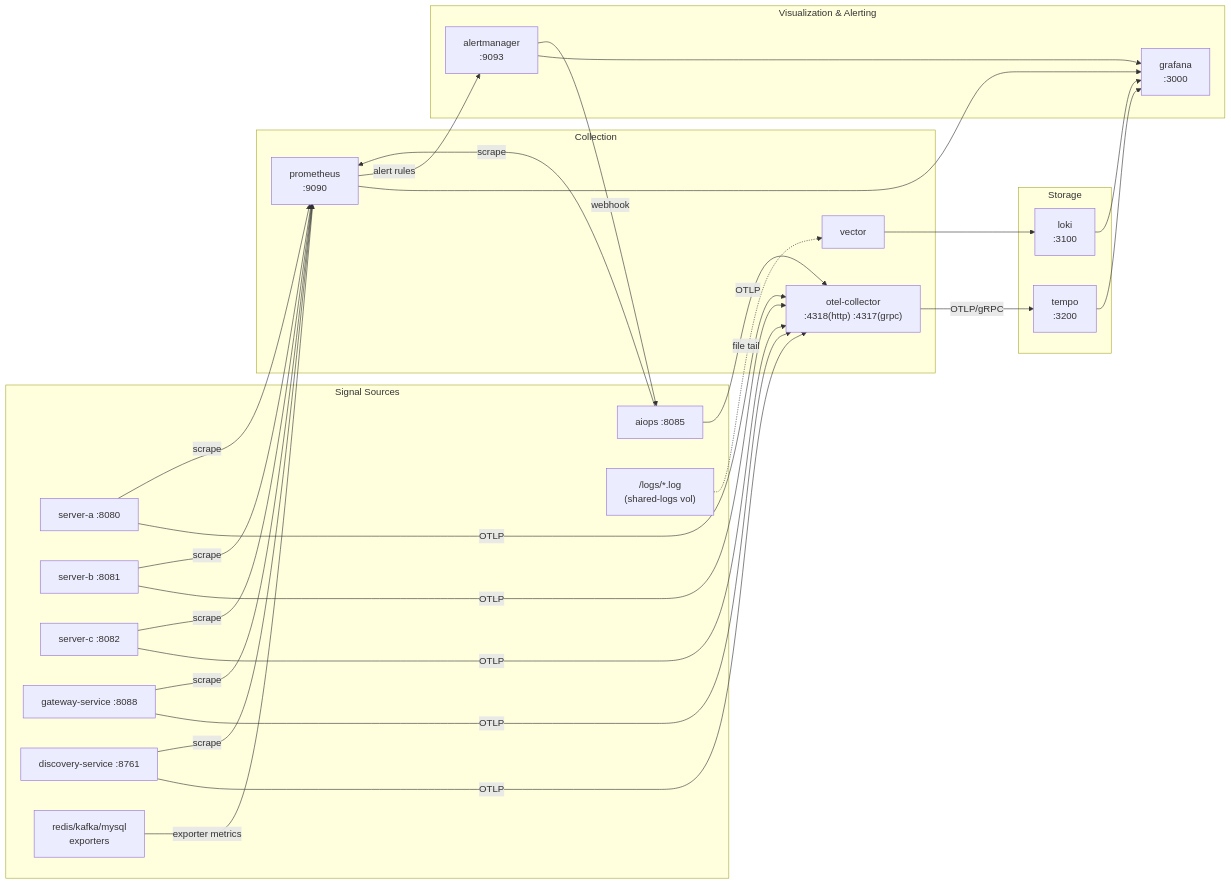
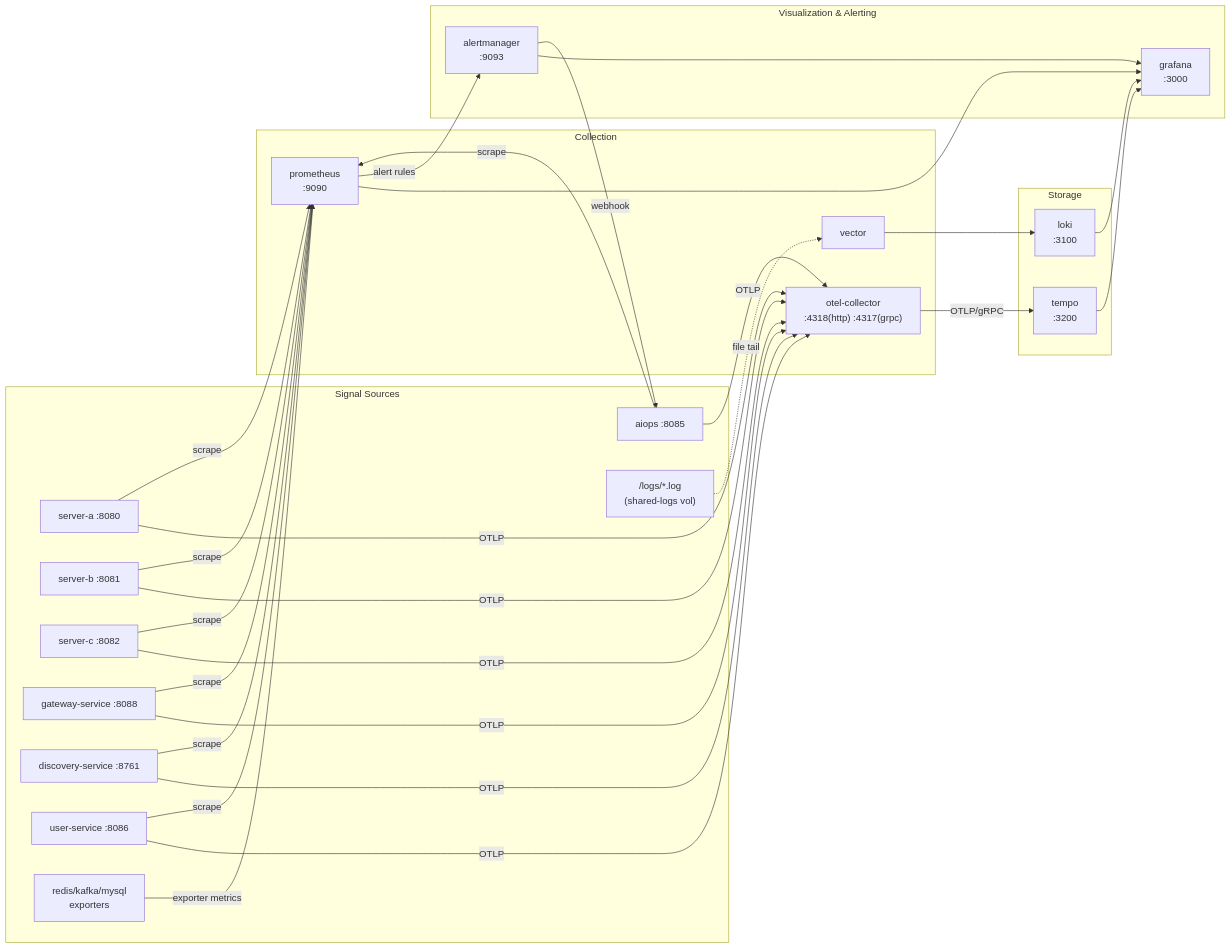
One commit to michi2012/goods-promotion-project changed the third of 3 diagrams in docs/infra-diagram.md. Above: the diagram before and after it, drawn with Mermaid. The commit also changed other lines of this file and 2 other files, not shown here.

First line of the commit message:
@ docs: user-service 통합 반영 (arch-snapshot, infra-diagram, README)

````diff
--- a/docs/infra-diagram.md
+++ b/docs/infra-diagram.md
@@ -139,51 +144,52 @@
 ```mermaid
 flowchart LR
     subgraph Src["Signal Sources"]
         SA["server-a :8080"]
         SB["server-b :8081"]
         SC["server-c :8082"]
         GW["gateway-service :8088"]
         DS["discovery-service :8761"]
         AIO["aiops :8085"]
+        US["user-service :8086"]
         Logs["/logs/*.log\n(shared-logs vol)"]
         Infra["redis/kafka/mysql\nexporters"]
     end
 
     subgraph Collect["Collection"]
         OTEL["otel-collector\n:4318(http) :4317(grpc)"]
         VEC["vector"]
         PROM["prometheus\n:9090"]
     end
 
     subgraph Store["Storage"]
         Tempo["tempo\n:3200"]
         Loki["loki\n:3100"]
     end
 
     subgraph Vis["Visualization & Alerting"]
         Grafana["grafana\n:3000"]
         AM["alertmanager\n:9093"]
     end
 
     %% Traces: 앱 → otel-collector → tempo
-    SA & SB & SC & GW & DS & AIO -->|"OTLP"| OTEL
+    SA & SB & SC & GW & DS & AIO & US -->|"OTLP"| OTEL
     OTEL -->|"OTLP/gRPC"| Tempo
 
     %% Logs: local=shared-logs 파일, k8s=stdout→/var/log/pods/ DaemonSet
     Logs -.->|"file tail"| VEC
     VEC --> Loki
 
     %% Metrics: prometheus scrape
-    SA & SB & SC & GW & DS & AIO -->|"scrape"| PROM
+    SA & SB & SC & GW & DS & AIO & US -->|"scrape"| PROM
     Infra -->|"exporter metrics"| PROM
 
     %% Grafana datasources
     PROM --> Grafana
     Tempo --> Grafana
     Loki --> Grafana
     AM --> Grafana
 
     %% Alerting
     PROM -->|"alert rules"| AM
     AM -->|"webhook"| AIO
 ```
````
